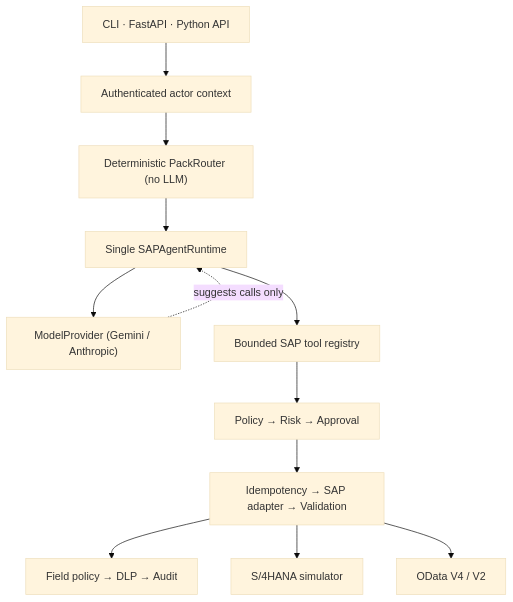
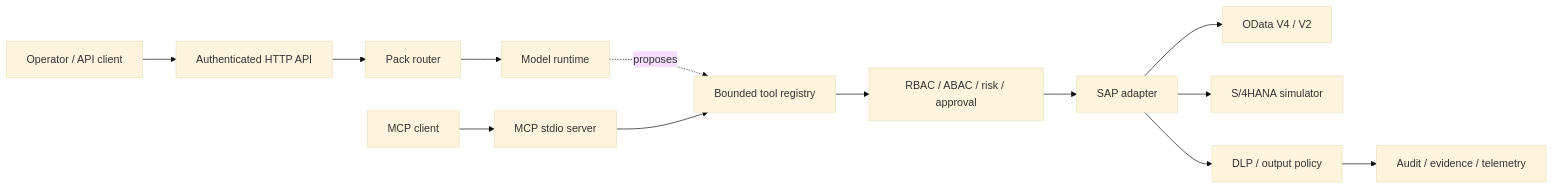
One commit to alimkacar/certaops changed the diagram in README.md. Above: the diagram before and after it, drawn with Mermaid (base theme). The commit also changed other lines of this file and 126 other files, not shown here.

````diff
--- a/README.md
+++ b/README.md
@@ -51,14 +61,15 @@
 ```mermaid
-flowchart TD
-    C["CLI · FastAPI · Python API"] --> G["Authenticated actor context"]
-    G --> R["Deterministic PackRouter (no LLM)"]
-    R --> RT["Single SAPAgentRuntime"]
-    RT --> MP["ModelProvider (Gemini / Anthropic)"]
-    MP -.->|"suggests calls only"| RT
-    RT --> T["Bounded SAP tool registry"]
-    T --> P["Policy → Risk → Approval"]
-    P --> I["Idempotency → SAP adapter → Validation"]
-    I --> D["Field policy → DLP → Audit"]
-    I --> M["S/4HANA simulator"]
-    I --> S["OData V4 / V2"]
+flowchart LR
+    U[Operator / API client] --> A[Authenticated HTTP API]
+    U2[MCP client] --> M[MCP stdio server]
+    A --> R[Pack router]
+    R --> L[Model runtime]
+    L -. proposes .-> T[Bounded tool registry]
+    M --> T
+    T --> P[RBAC / ABAC / risk / approval]
+    P --> S[SAP adapter]
+    S --> O[OData V4 / V2]
+    S --> X[S/4HANA simulator]
+    S --> D[DLP / output policy]
+    D --> E[Audit / evidence / telemetry]
 ```
````
